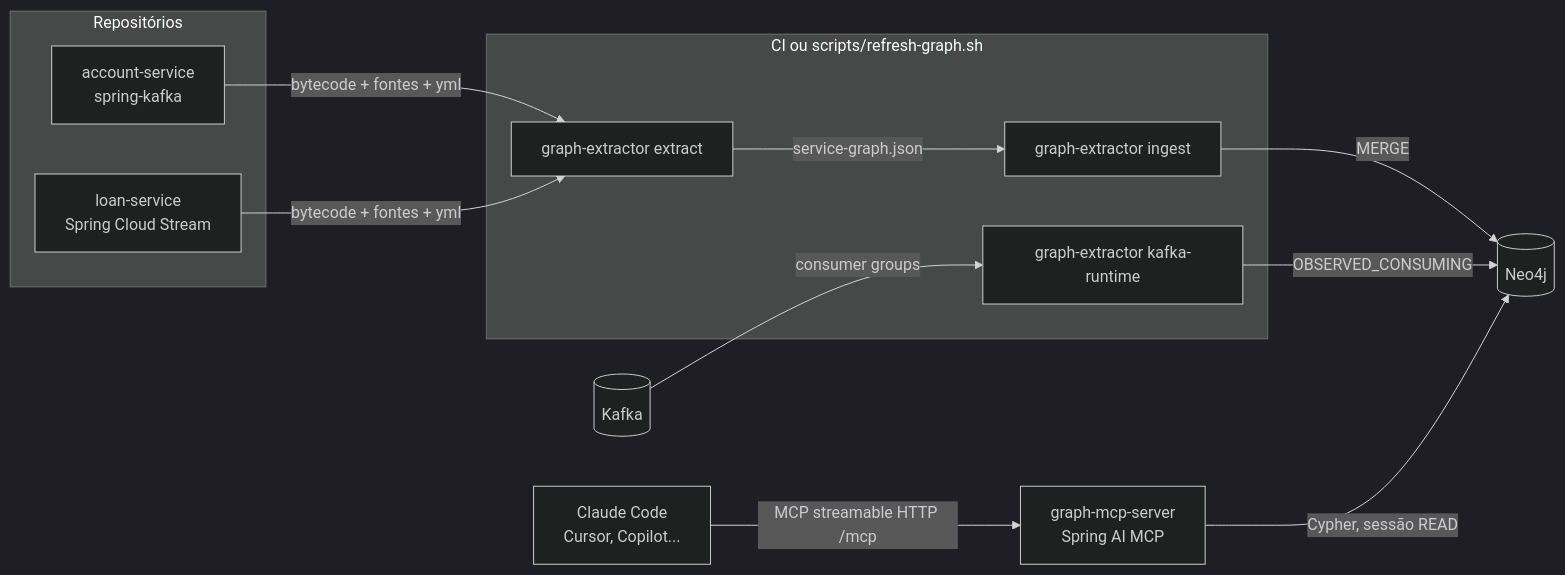
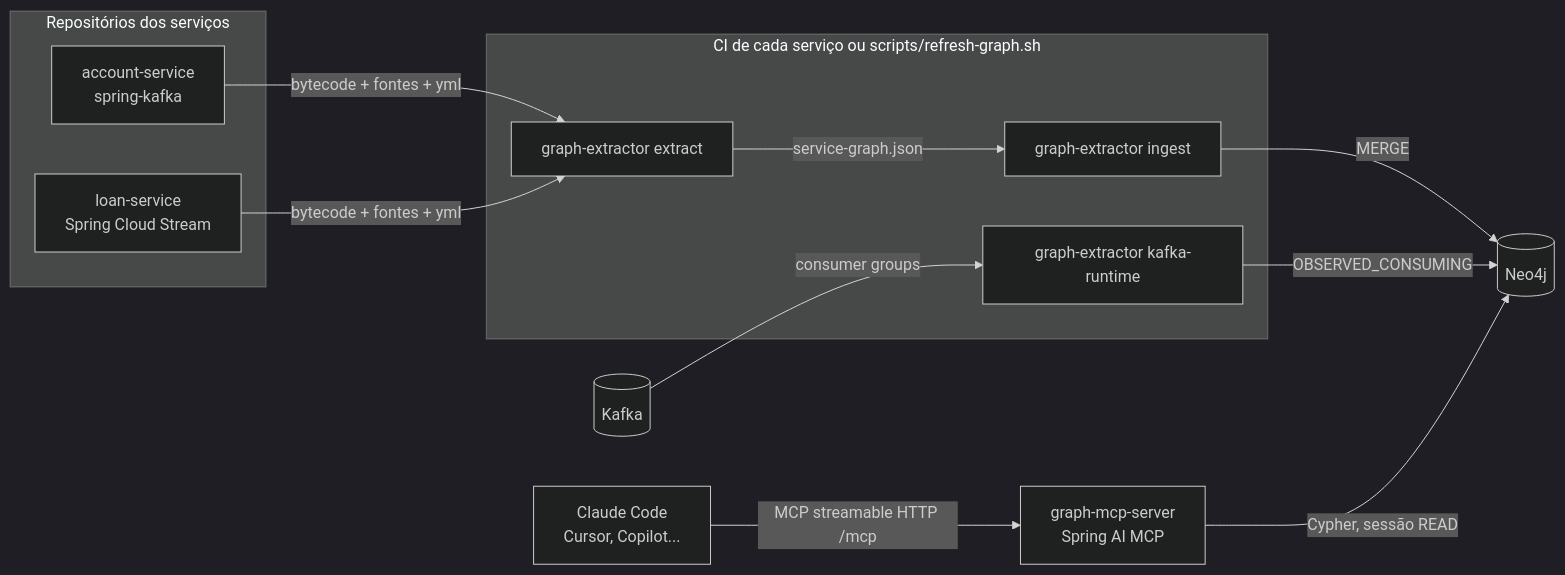
Before and after one commit to Diegobraun/system-graph-poc: the first of 2 diagrams in README.md, drawn with Mermaid (dark theme). The commit also changed other lines of this file and 68 other files, not shown here.

````diff
--- a/README.md
+++ b/README.md
@@ -32,27 +40,27 @@
 ```mermaid
 flowchart LR
-    subgraph repos["Repositórios"]
+    subgraph repos["Repositórios dos serviços"]
         A["account-service<br/>spring-kafka"]
         L["loan-service<br/>Spring Cloud Stream"]
     end
 
-    subgraph pipeline["CI ou scripts/refresh-graph.sh"]
+    subgraph pipeline["CI de cada serviço ou scripts/refresh-graph.sh"]
         X["graph-extractor extract"]
         I["graph-extractor ingest"]
         R["graph-extractor kafka-runtime"]
     end
 
     K[("Kafka")]
     N[("Neo4j")]
     M["graph-mcp-server<br/>Spring AI MCP"]
     C["Claude Code<br/>Cursor, Copilot..."]
 
     A -- "bytecode + fontes + yml" --> X
     L -- "bytecode + fontes + yml" --> X
     X -- "service-graph.json" --> I
     I -- "MERGE" --> N
     K -- "consumer groups" --> R
     R -- "OBSERVED_CONSUMING" --> N
     M -- "Cypher, sessão READ" --> N
     C -- "MCP streamable HTTP /mcp" --> M
 ```
````
